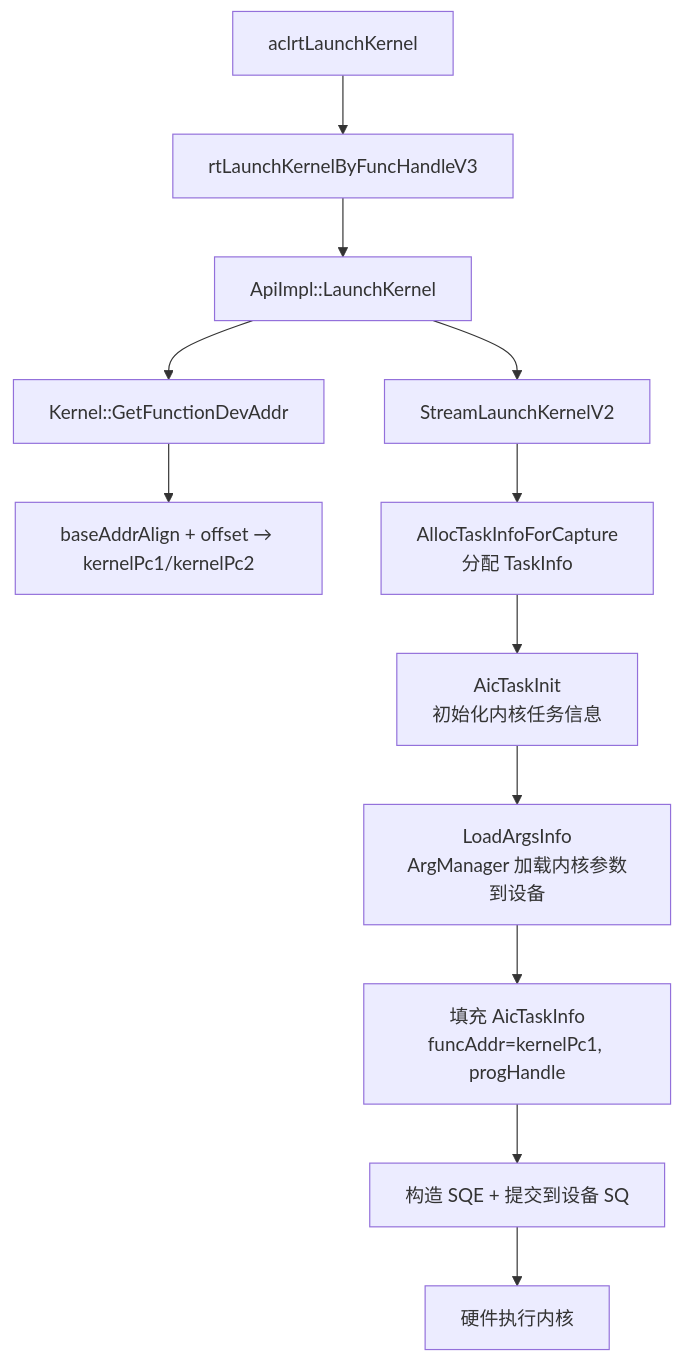
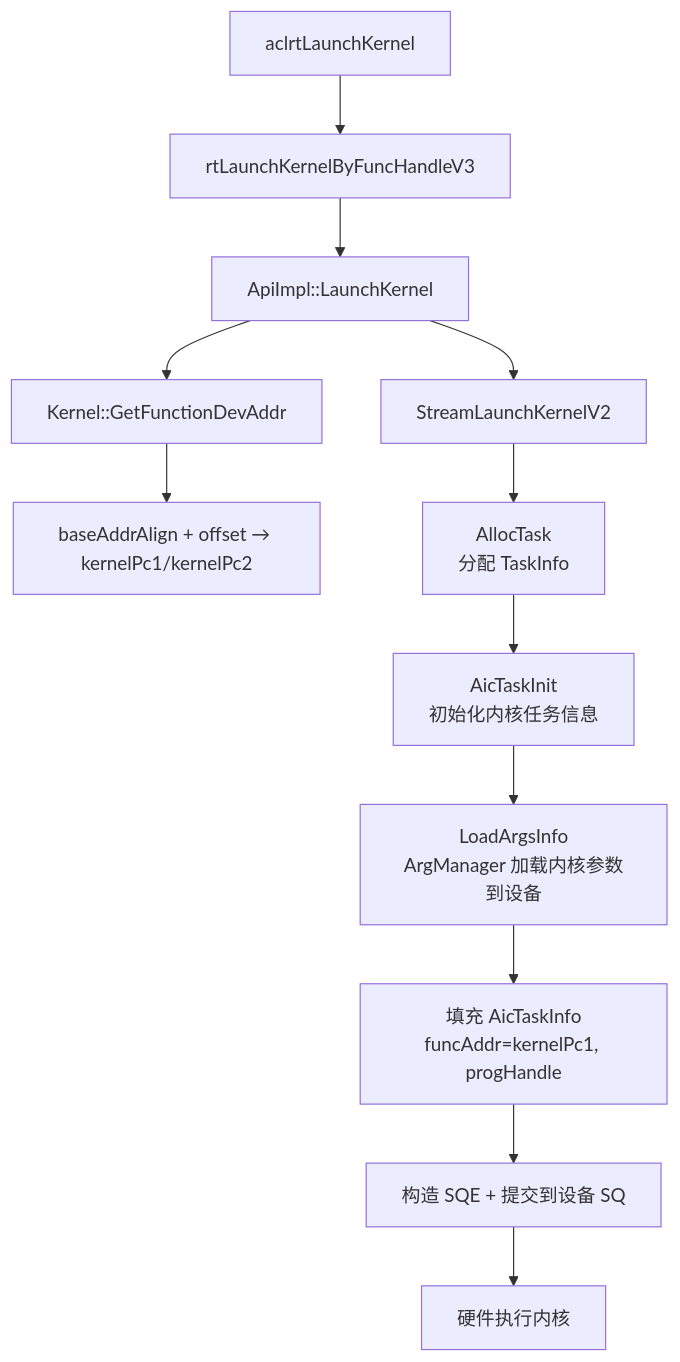
One commit to hicann/runtime changed the eighth of 9 diagrams in docs/zh/design/modules/kernel/kernel.md. Above: the diagram before and after it, drawn with Mermaid. The commit also changed other lines of this file and 6 other files, not shown here.

````diff
--- a/docs/zh/design/modules/kernel/kernel.md
+++ b/docs/zh/design/modules/kernel/kernel.md
@@ -312,14 +312,14 @@
 ```mermaid
 flowchart TD
     A[aclrtLaunchKernel] --> B[rtLaunchKernelByFuncHandleV3]
     B --> C[ApiImpl::LaunchKernel]
     C --> D[Kernel::GetFunctionDevAddr]
     D --> E[baseAddrAlign + offset → kernelPc1/kernelPc2]
     C --> F[StreamLaunchKernelV2]
-    F --> G[AllocTaskInfoForCapture<br/>分配 TaskInfo]
+    F --> G[AllocTask<br/>分配 TaskInfo]
     G --> H[AicTaskInit<br/>初始化内核任务信息]
     H --> I[LoadArgsInfo<br/>ArgManager 加载内核参数到设备]
     I --> J[填充 AicTaskInfo<br/>funcAddr=kernelPc1, progHandle]
     J --> K[构造 SQE + 提交到设备 SQ]
     K --> L[硬件执行内核]
 ```
````
